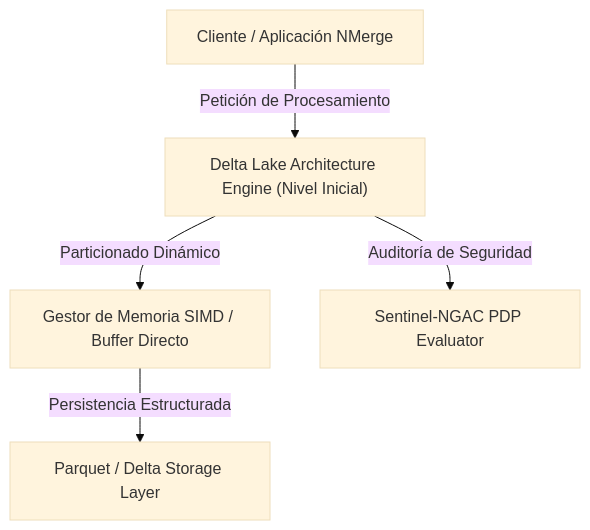
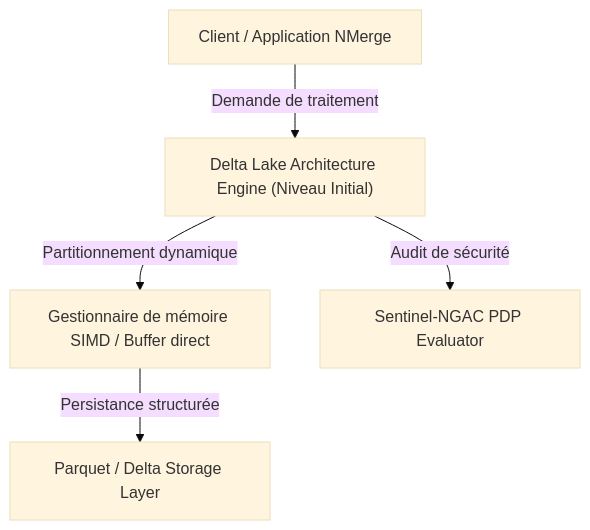
The diagram in public/docs/fr/datascience_deltalake.md (gjpierp/nmergeia), drawn with Mermaid (base theme) before and after one commit. The commit also changed other lines of this file and 182 other files, not shown here.

Commit message:
fix(i18n): sincronizar claves de menú i18n para los 7 idiomas, traducir diagramas Mermaid y agregar fallback a español contra 404 de Vite

````diff
--- a/public/docs/fr/datascience_deltalake.md
+++ b/public/docs/fr/datascience_deltalake.md
@@ -16,7 +16,7 @@
 ```mermaid
 flowchart TD
-    A["Cliente / Aplicación NMerge"] -->|Petición de Procesamiento| B["Delta Lake Architecture Engine (Nivel Inicial)"]
-    B -->|Particionado Dinámico| C["Gestor de Memoria SIMD / Buffer Directo"]
-    C -->|Persistencia Estructurada| D["Parquet / Delta Storage Layer"]
-    B -->|Auditoría de Seguridad| E["Sentinel-NGAC PDP Evaluator"]
+    A["Client / Application NMerge"] -->|Demande de traitement| B["Delta Lake Architecture Engine (Niveau Initial)"]
+    B -->|Partitionnement dynamique| C["Gestionnaire de mémoire SIMD / Buffer direct"]
+    C -->|Persistance structurée| D["Parquet / Delta Storage Layer"]
+    B -->|Audit de sécurité| E["Sentinel-NGAC PDP Evaluator"]
 ```
````
